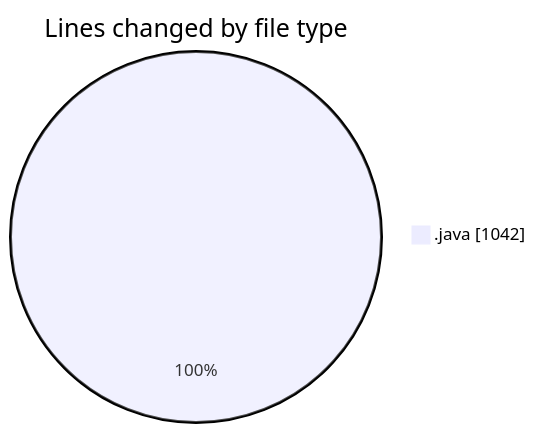
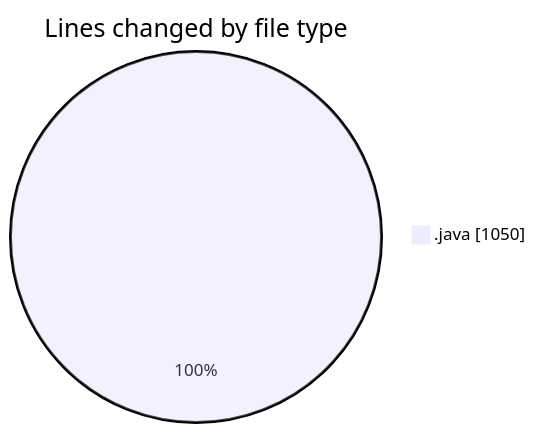
The first of 2 diagrams in 2026-07-08/cilapp/README.md (ricardozamudiocil/code-tracking), drawn with Mermaid before and after one commit. The commit also changed other lines of this file and 1 other file, not shown here.

````diff
--- a/2026-07-08/cilapp/README.md
+++ b/2026-07-08/cilapp/README.md
@@ -20,5 +20,5 @@
 ```mermaid
 pie showData
 title Lines changed by file type
-".java" : 1042
+".java" : 1050
 ```
````
